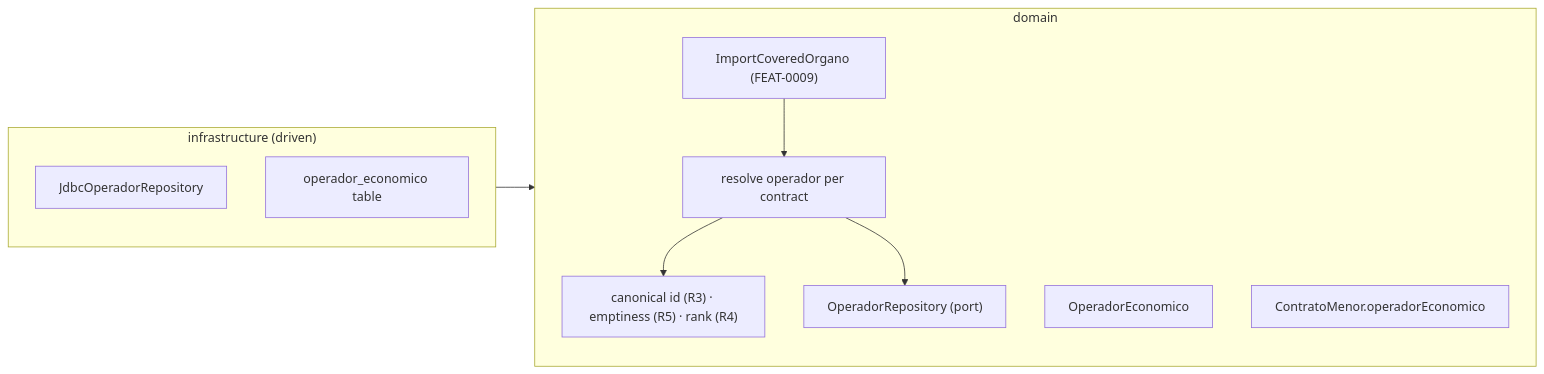
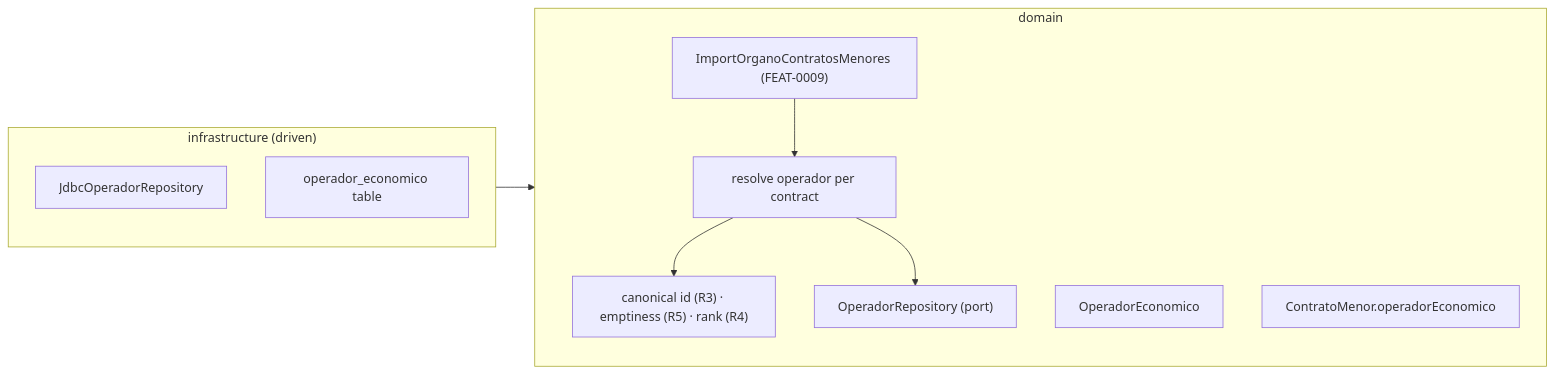
Before and after one commit to earelin/conxugal: the first of 3 diagrams in docs/features/FEAT-0010-operadores-economicos-base/README.md, drawn with Mermaid. The commit also changed 11 other files, not shown here.

````diff
--- a/docs/features/FEAT-0010-operadores-economicos-base/README.md
+++ b/docs/features/FEAT-0010-operadores-economicos-base/README.md
@@ -108,19 +108,19 @@
 ```mermaid
 flowchart LR
     subgraph domain["domain"]
-        importUseCase["ImportCoveredOrgano (FEAT-0009)"]
+        importUseCase["ImportOrganoContratosMenores (FEAT-0009)"]
         derive["resolve operador per contract"]
         rules["canonical id (R3) · emptiness (R5) · rank (R4)"]
         operador["OperadorEconomico"]
         operadorRepo["OperadorRepository (port)"]
         contrato["ContratoMenor.operadorEconomico"]
     end
     subgraph infrastructure["infrastructure (driven)"]
         jdbc["JdbcOperadorRepository"]
         migration["operador_economico table"]
     end
     importUseCase --> derive
     derive --> rules
     derive --> operadorRepo
     infrastructure --> domain
 ```
````
